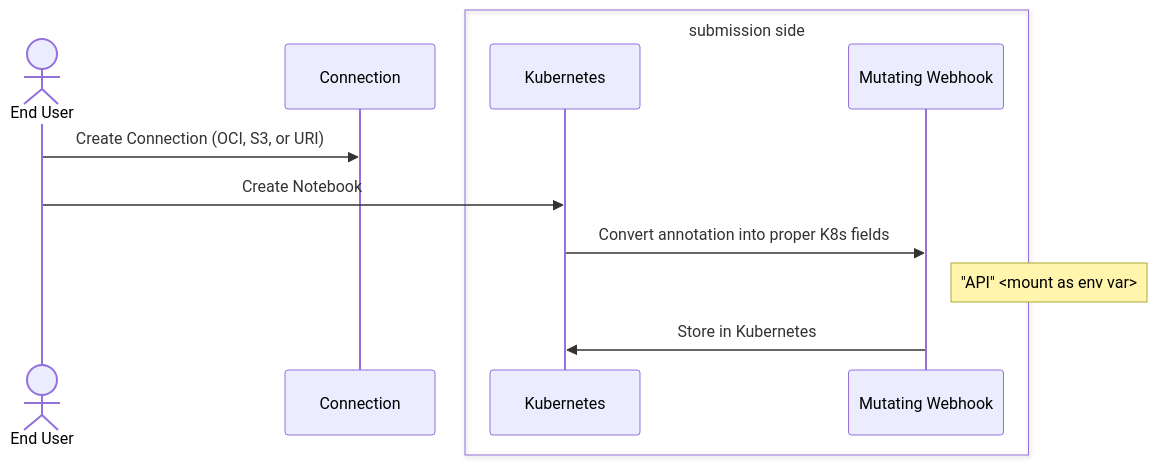
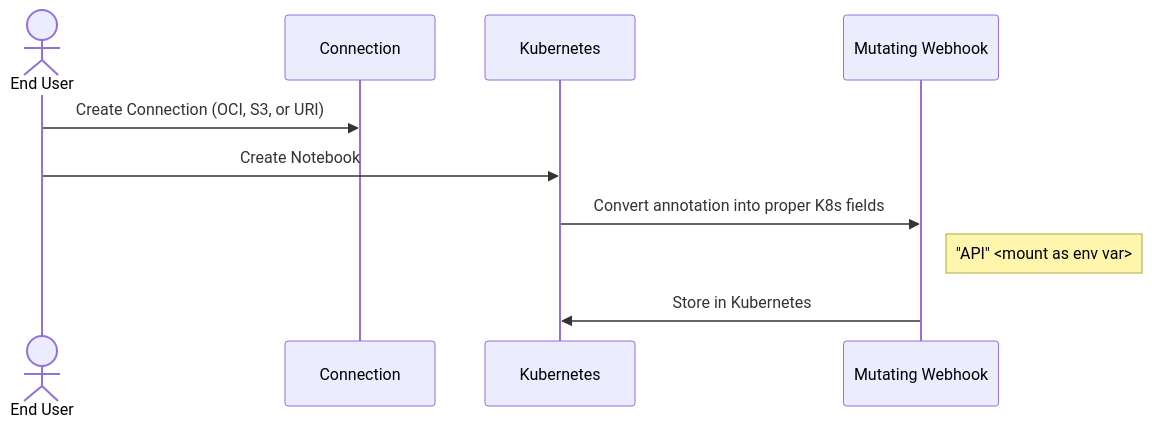
The first of 2 diagrams in README.md (andrewballantyne/odh-dashboard), drawn with Mermaid before and after one commit. The commit also changed other lines of this file, not shown here.

````diff
--- a/README.md
+++ b/README.md
@@ -9,15 +5,13 @@
 ```mermaid
 sequenceDiagram
     actor U as End User
     participant C as Connection
-    box submission side
     participant K8s as Kubernetes
     participant webhook as Mutating Webhook
-    end
 
     U->>C: Create Connection (OCI, S3, or URI)
     U->>K8s: Create Notebook
     K8s->>webhook: Convert annotation into proper K8s fields
     Note right of webhook: "API" <mount as env var>
     webhook->>K8s: Store in Kubernetes
 ```
````
